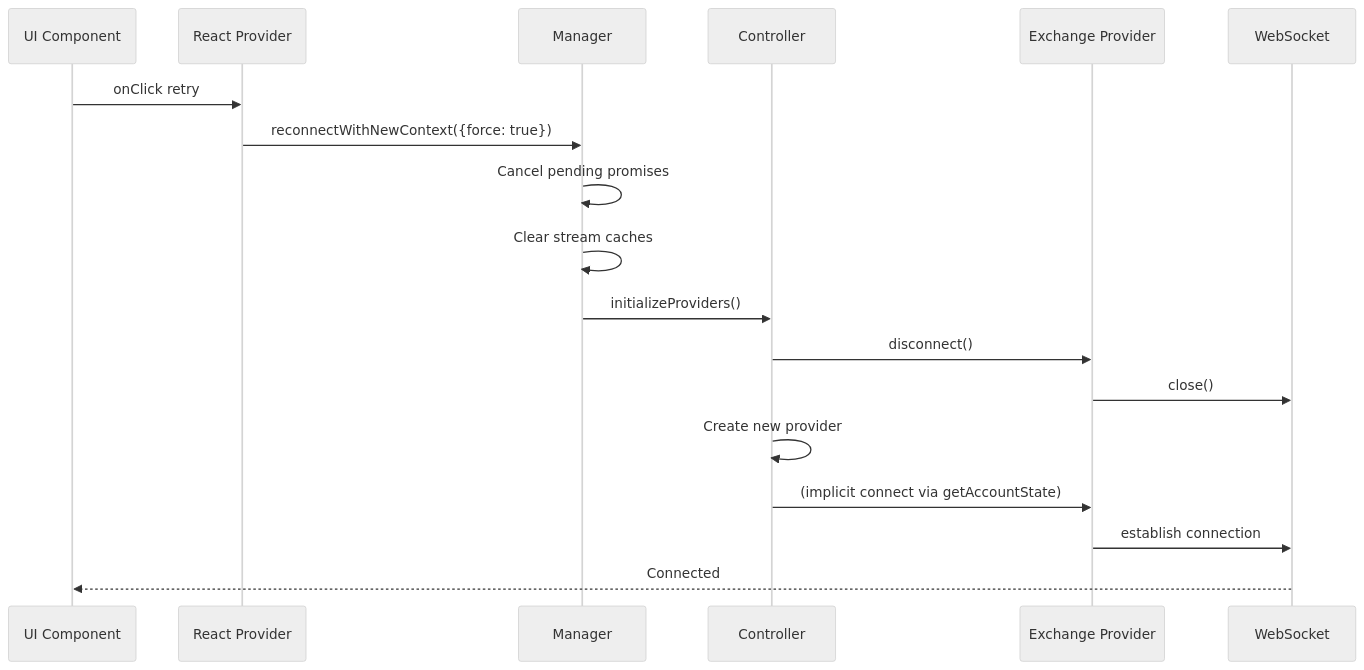
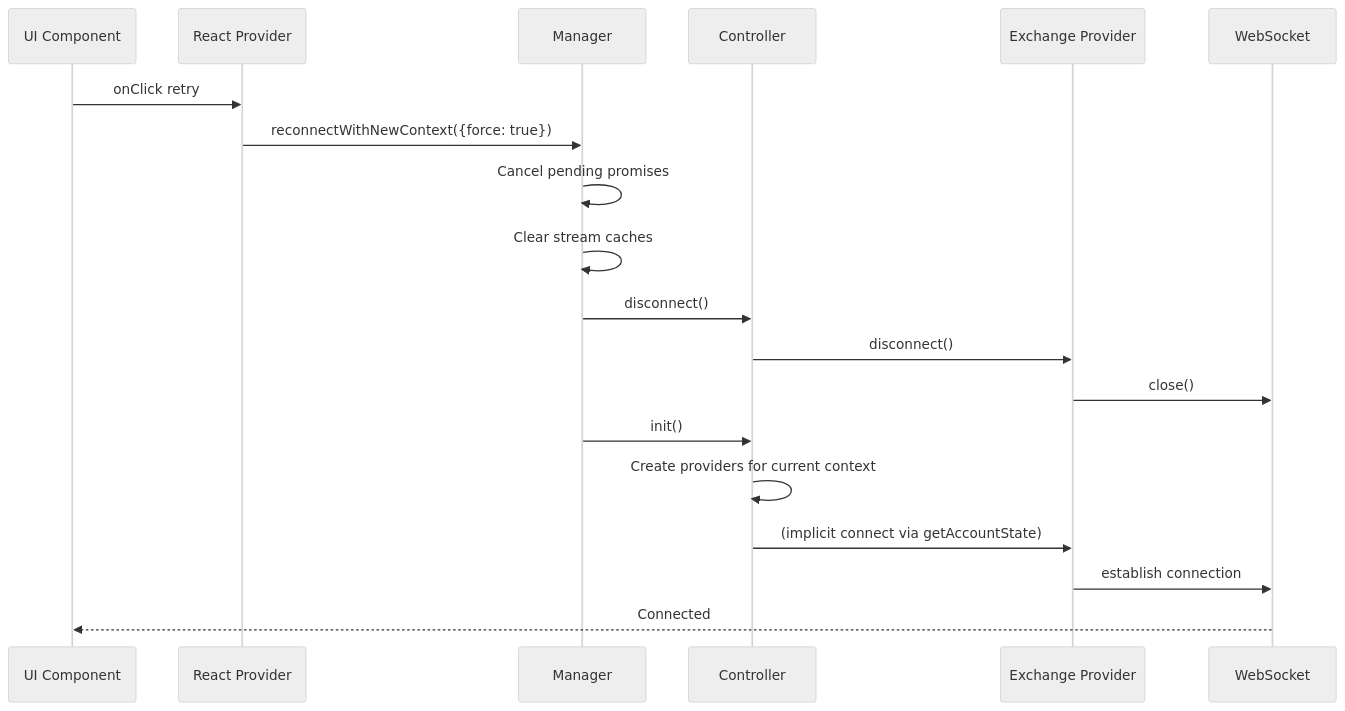
One commit to MetaMask/metamask-mobile changed the second of 3 diagrams in docs/perps/perps-connection-architecture.md. Above: the diagram before and after it, drawn with Mermaid (neutral theme). The commit also changed other lines of this file and 4 other files, not shown here.

````diff
--- a/docs/perps/perps-connection-architecture.md
+++ b/docs/perps/perps-connection-architecture.md
@@ -429,21 +447,22 @@
 ```mermaid
 sequenceDiagram
     participant UI as UI Component
     participant RP as React Provider
     participant M as Manager
     participant C as Controller
     participant P as Exchange Provider
     participant W as WebSocket
 
     UI->>RP: onClick retry
     RP->>M: reconnectWithNewContext({force: true})
     M->>M: Cancel pending promises
     M->>M: Clear stream caches
-    M->>C: initializeProviders()
+    M->>C: disconnect()
     C->>P: disconnect()
     P->>W: close()
-    C->>C: Create new provider
+    M->>C: init()
+    C->>C: Create providers for current context
     C->>P: (implicit connect via getAccountState)
     P->>W: establish connection
     W-->>UI: Connected
 ```
````
